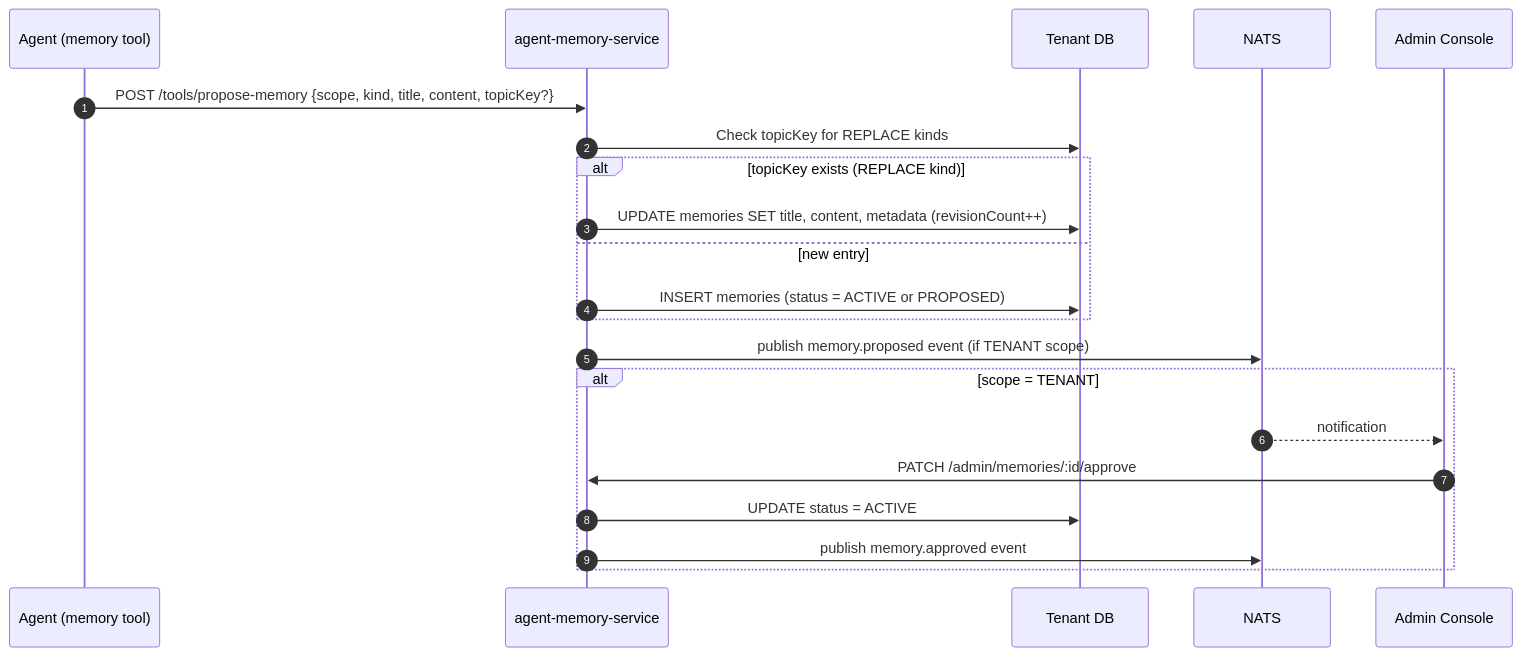
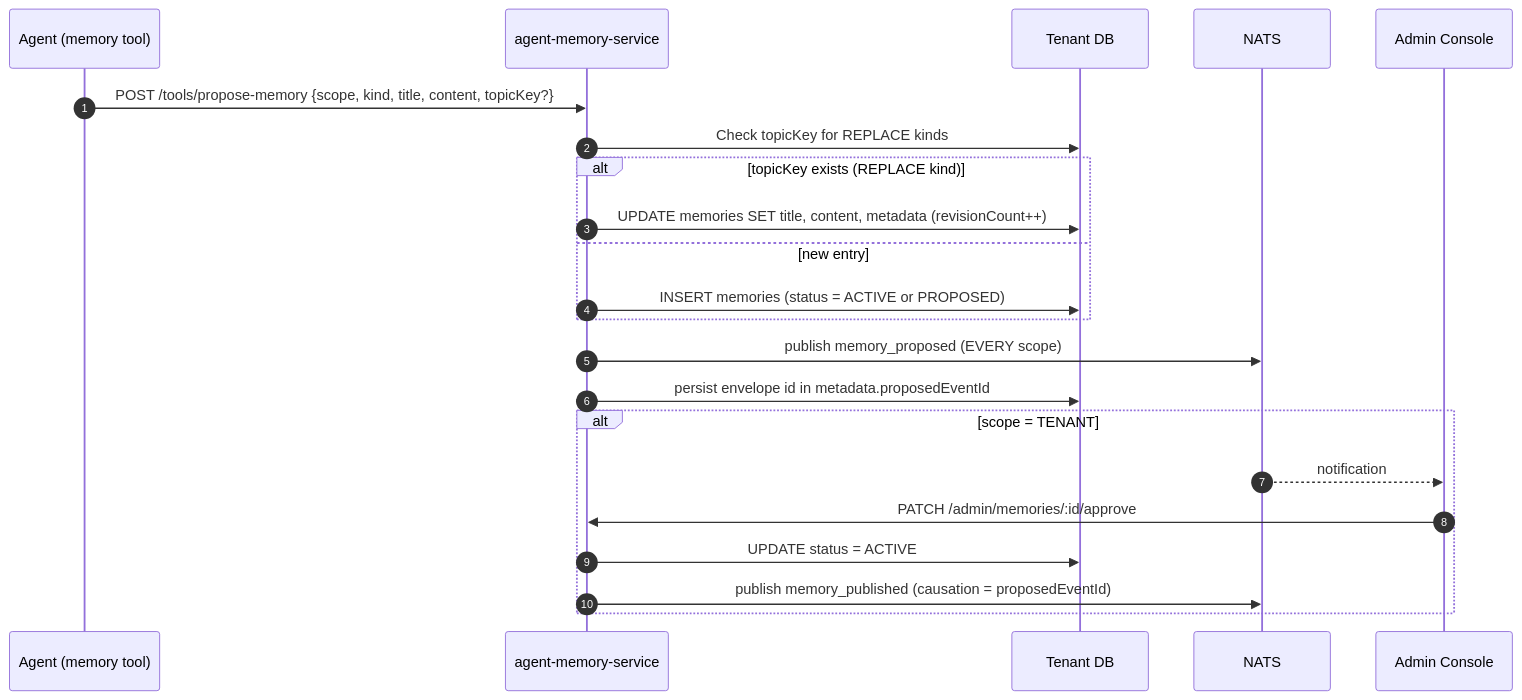
One commit to ccarnero/colloqui changed the diagram in DOCS/agents/memory.md. Above: the diagram before and after it, drawn with Mermaid. The commit also changed other lines of this file and 26 other files, not shown here.

````diff
--- a/DOCS/agents/memory.md
+++ b/DOCS/agents/memory.md
@@ -68,25 +70,26 @@
 ```mermaid
 sequenceDiagram
     autonumber
     participant A as Agent (memory tool)
     participant AMS as agent-memory-service
     participant DB as Tenant DB
     participant N as NATS
     participant ADM as Admin Console
 
     A->>AMS: POST /tools/propose-memory {scope, kind, title, content, topicKey?}
     AMS->>DB: Check topicKey for REPLACE kinds
     alt topicKey exists (REPLACE kind)
         AMS->>DB: UPDATE memories SET title, content, metadata (revisionCount++)
     else new entry
         AMS->>DB: INSERT memories (status = ACTIVE or PROPOSED)
     end
-    AMS->>N: publish memory.proposed event (if TENANT scope)
+    AMS->>N: publish memory_proposed (EVERY scope)
+    AMS->>DB: persist envelope id in metadata.proposedEventId
 
     alt scope = TENANT
         N-->>ADM: notification
         ADM->>AMS: PATCH /admin/memories/:id/approve
         AMS->>DB: UPDATE status = ACTIVE
-        AMS->>N: publish memory.approved event
+        AMS->>N: publish memory_published (causation = proposedEventId)
     end
 ```
````
